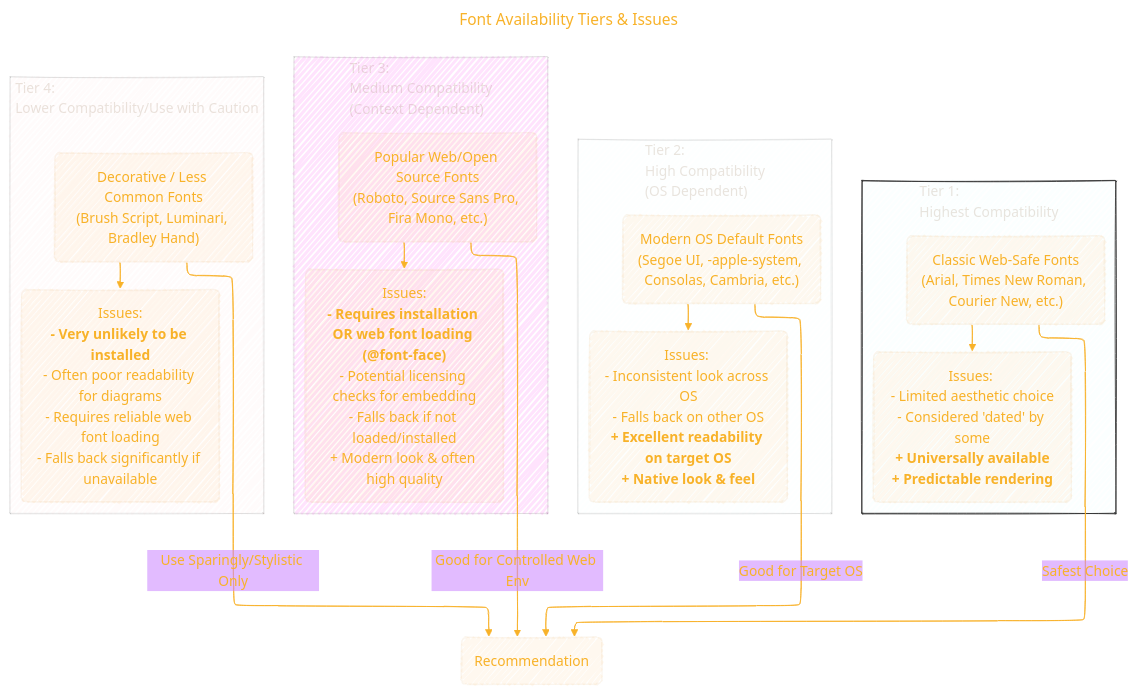
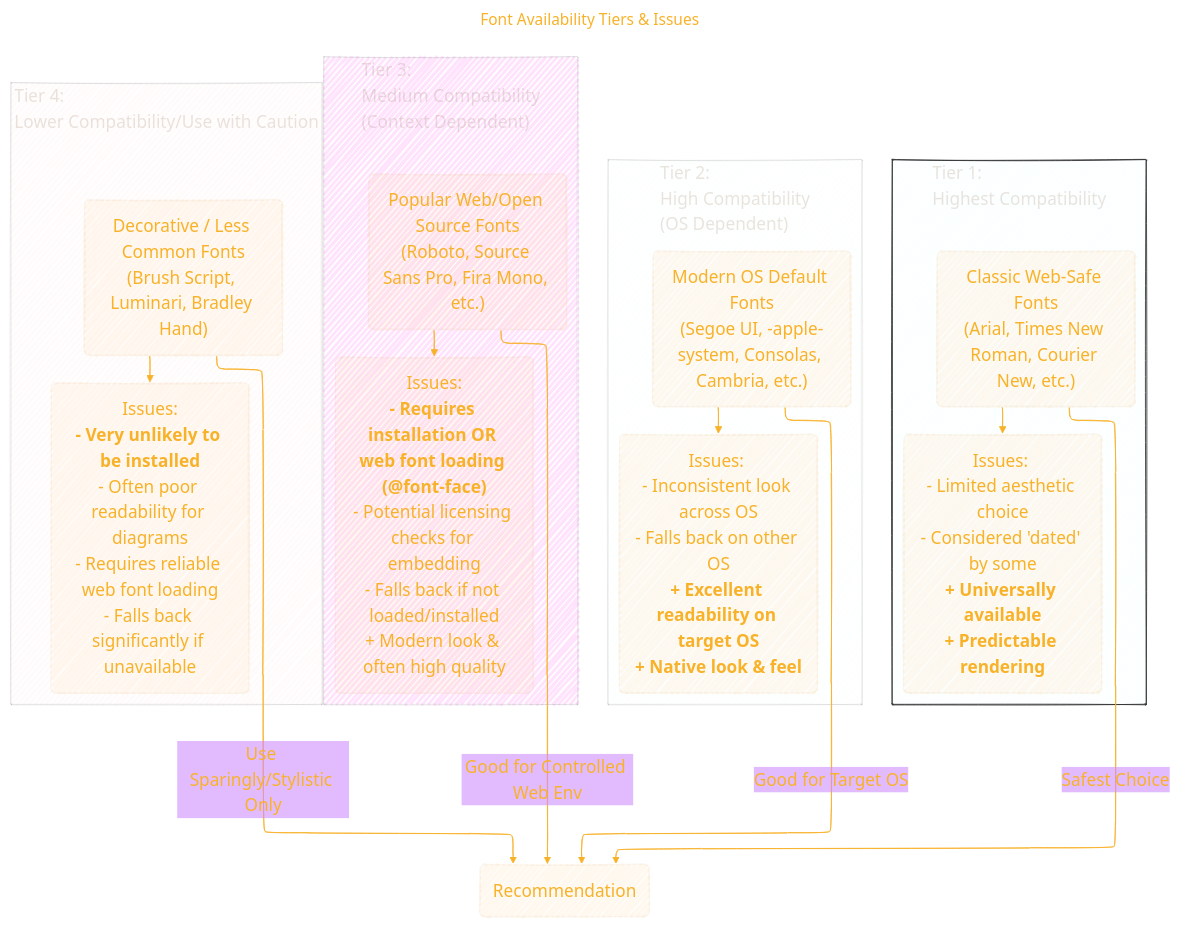
One commit to CongLeSolutionX/ArchExplorer changed the third of 3 diagrams in MERMAID_JS/Web_Font_Guide/Web_Font_Guide.md. Above: the diagram before and after it, drawn with Mermaid. The commit also changed other lines of this file, not shown here.

````diff
--- a/MERMAID_JS/Web_Font_Guide/Web_Font_Guide.md
+++ b/MERMAID_JS/Web_Font_Guide/Web_Font_Guide.md
@@ -190,62 +200,63 @@
 ```mermaid
 ---
 title: "Font Availability Tiers & Issues"
 author: "Cong Le"
 version: "1.0"
 license(s): "MIT, CC BY 4.0"
 copyright: "Copyright (c) 2025 Cong Le. All Rights Reserved."
 config:
   layout: elk
   look: handDrawn
   theme: base
 ---
 %%%%%%%% Mermaid version v11.4.1-b.14
 %%%%%%%% Toggle theme value to `base` to activate the initilization below for the customized theme version.
 %%%%%%%% Available curve styles include the following keywords:
 %% basis, bumpX, bumpY, cardinal, catmullRom, linear, monotoneX, monotoneY, natural, step, stepAfter, stepBefore.
 %%{
   init: {
     'flowchart': {'htmlLabels': true, 'curve': 'basis' },
     'fontFamily': 'monospace',
     'themeVariables': {
       'primaryColor': '#FC82',
       'primaryTextColor': '#F8B229',
-      'lineColor': '#F8B229'
+      'lineColor': '#F8B229',
+      'fontSize': '20px'
     }
   }
 }%%
 graph TD
     subgraph Tier1["Tier 1:<br>Highest Compatibility"]
         style Tier1 fill:#dff2,stroke:#333,stroke-width:1px
         T1_Node("Classic Web-Safe Fonts<br>(Arial, Times New Roman, Courier New, etc.)")
         T1_Desc("Issues: <br/>- Limited aesthetic choice<br/>- Considered 'dated' by some<br/><b>+ Universally available</b><br/><b>+ Predictable rendering</b>")
         T1_Node --> T1_Desc
     end
 
     subgraph Tier2["Tier 2:<br>High Compatibility<br>(OS Dependent)"]
         style Tier2 fill:#eff2,stroke:#333,stroke-width:0.1px
         T2_Node("Modern OS Default Fonts<br>(Segoe UI, -apple-system, Consolas, Cambria, etc.)")
         T2_Desc("Issues: <br/>- Inconsistent look across OS<br/>- Falls back on other OS<br/><b>+ Excellent readability on target OS</b><br/><b>+ Native look & feel</b>")
         T2_Node --> T2_Desc
     end
 
     subgraph Tier3["Tier 3:<br>Medium Compatibility<br>(Context Dependent)"]
         style Tier3 fill:#f3e2,stroke:#333,stroke-width:0.1px
        T3_Node("Popular Web/Open Source Fonts<br>(Roboto, Source Sans Pro, Fira Mono, etc.)")
        T3_Desc("Issues:<br/><b>- Requires installation OR web font loading (@font-face)</b><br/>- Potential licensing checks for embedding<br/>- Falls back if not loaded/installed<br/>+ Modern look & often high quality")
        T3_Node --> T3_Desc
     end
 
      subgraph Tier4["Tier 4:<br>Lower Compatibility/Use with Caution"]
         style Tier4 fill:#fdd2,stroke:#333,stroke-width:0.1px
         T4_Node("Decorative / Less Common Fonts<br>(Brush Script, Luminari, Bradley Hand)")
         T4_Desc("Issues:<br/><b>- Very unlikely to be installed</b><br/>- Often poor readability for diagrams<br/>- Requires reliable web font loading<br/>- Falls back significantly if unavailable")
         T4_Node --> T4_Desc
     end
 
     T1_Node -- Safest Choice --> Recommendation("Recommendation")
     T2_Node -- Good for Target OS --> Recommendation
     T3_Node -- Good for Controlled Web Env --> Recommendation
     T4_Node -- Use Sparingly/Stylistic Only --> Recommendation
 
 ```
````
